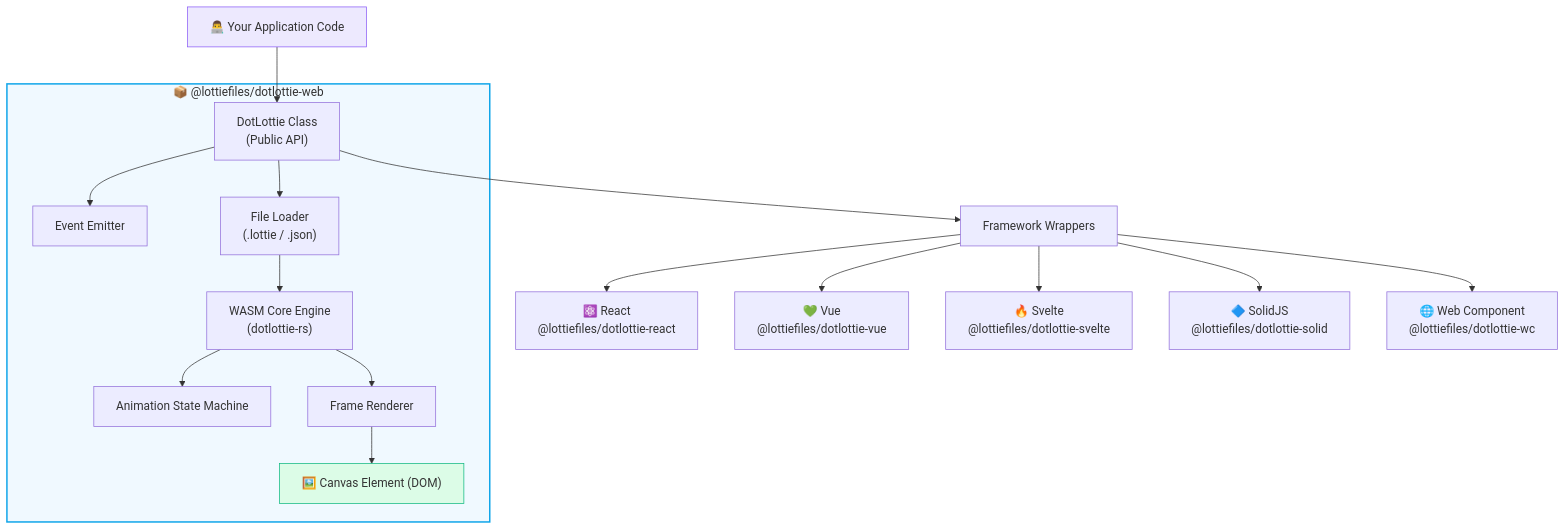
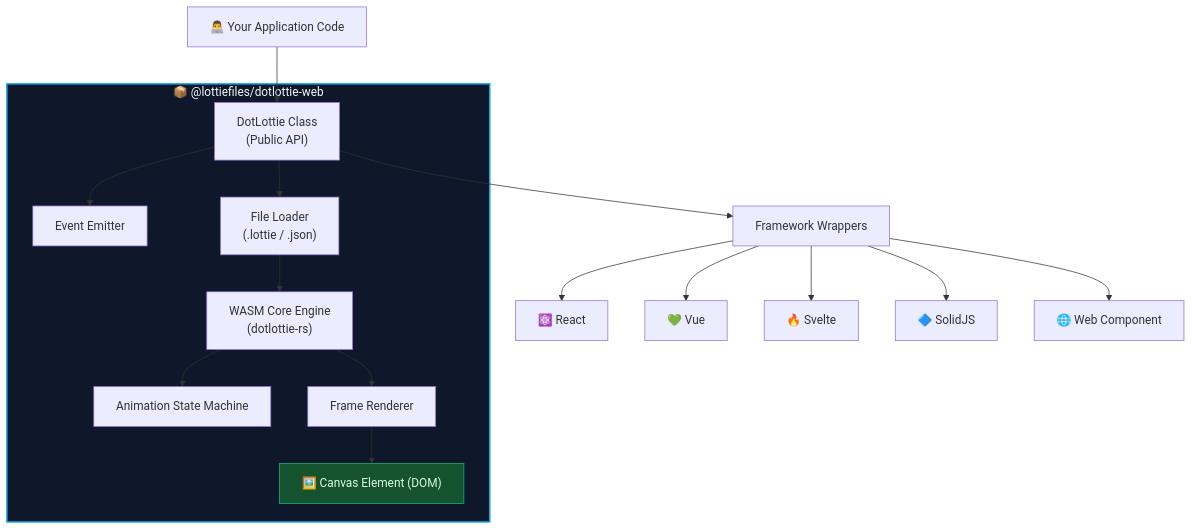
One commit to vaibhavkumarsingh12/yuj changed the first of 4 diagrams in README.md. Above: the diagram before and after it, drawn with Mermaid. The commit also changed other lines of this file, not shown here.

````diff
--- a/README.md
+++ b/README.md
@@ -86,25 +37,24 @@
 ```mermaid
 graph TD
     A["👨‍💻 Your Application Code"] --> B
 
     subgraph pkg ["📦 @lottiefiles/dotlottie-web"]
         B["DotLottie Class\n(Public API)"]
         B --> C["Event Emitter"]
         B --> D["File Loader\n(.lottie / .json)"]
         D --> E["WASM Core Engine\n(dotlottie-rs)"]
         E --> F["Animation State Machine"]
         E --> G["Frame Renderer"]
         G --> H["🖼️ Canvas Element (DOM)"]
     end
 
     B --> I["Framework Wrappers"]
-    I --> J["⚛️ React\n@lottiefiles/dotlottie-react"]
-    I --> K["💚 Vue\n@lottiefiles/dotlottie-vue"]
-    I --> L["🔥 Svelte\n@lottiefiles/dotlottie-svelte"]
-    I --> M["🔷 SolidJS\n@lottiefiles/dotlottie-solid"]
-    I --> N["🌐 Web Component\n@lottiefiles/dotlottie-wc"]
+    I --> J["⚛️ React"]
+    I --> K["💚 Vue"]
+    I --> L["🔥 Svelte"]
+    I --> M["🔷 SolidJS"]
+    I --> N["🌐 Web Component"]
 
-    style pkg fill:#f0f9ff,stroke:#0ea5e9,stroke-width:2px
-    style A fill:#ede9fe,stroke:#8b5cf6
-    style H fill:#dcfce7,stroke:#10b981
+    style pkg fill:#0f172a,stroke:#0ea5e9,stroke-width:2px,color:#f1f5f9
+    style H fill:#14532d,stroke:#10b981,color:#dcfce7
 ```
````
